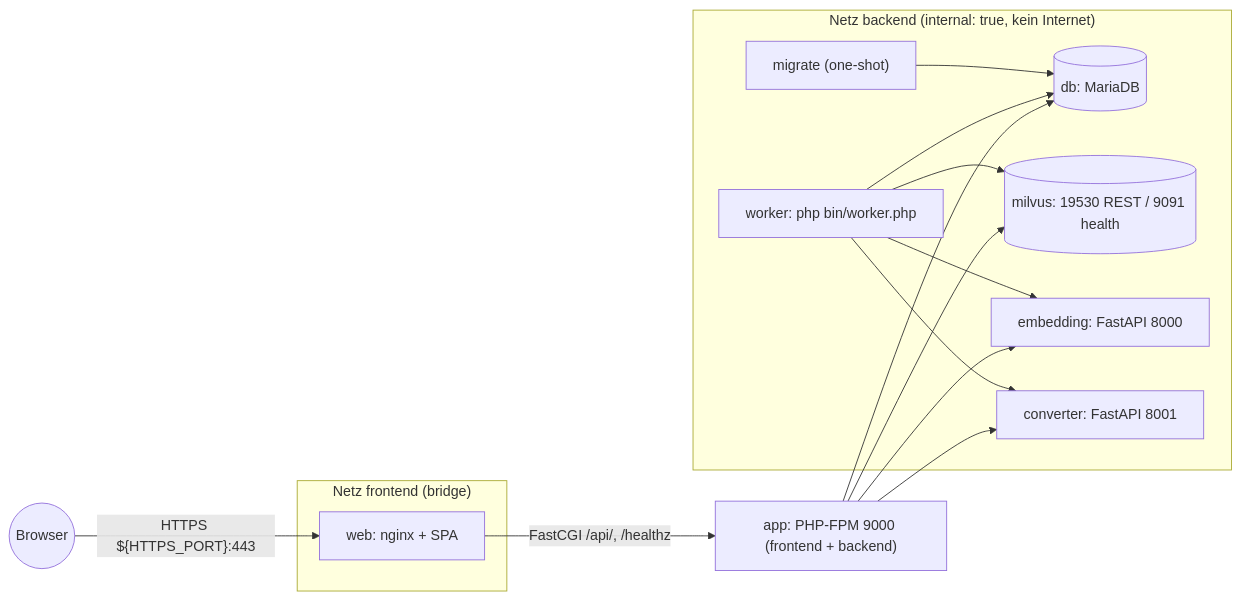
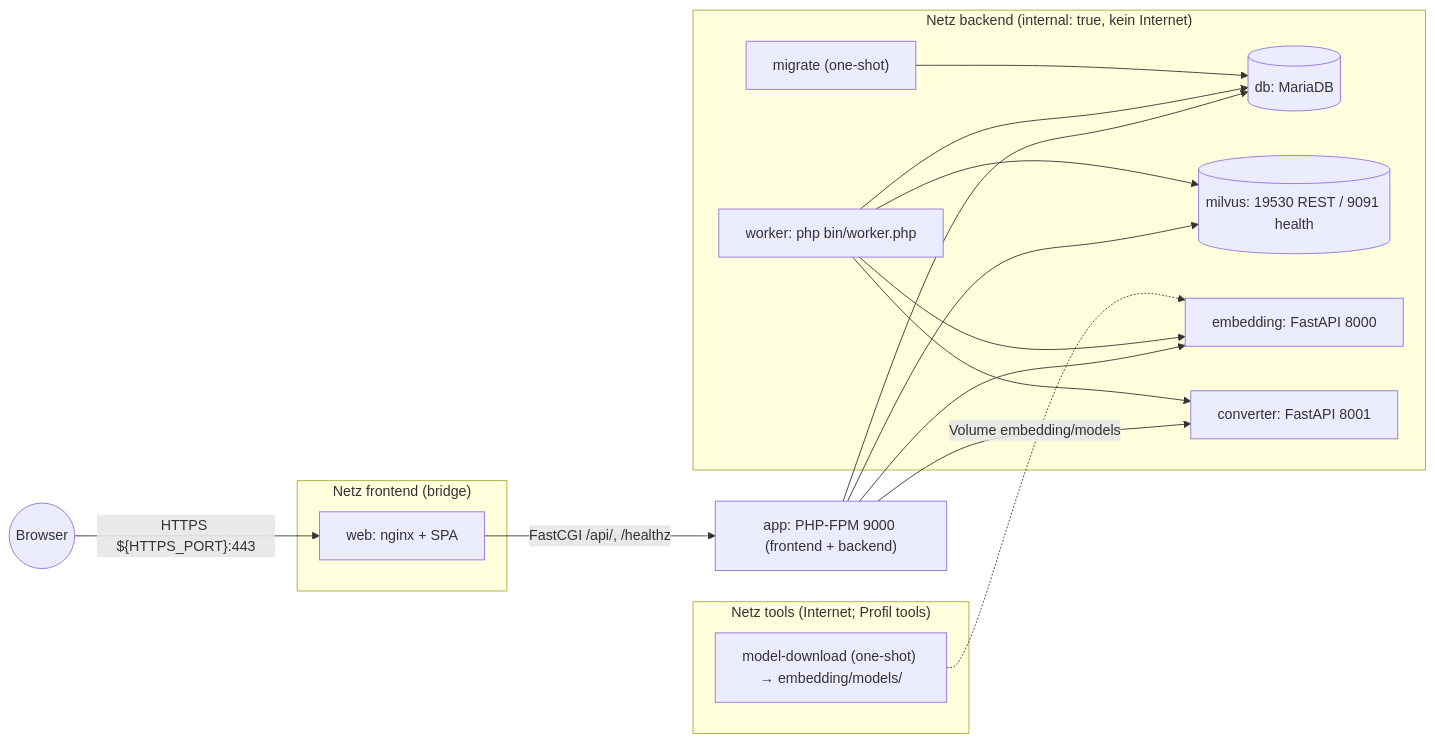
One commit to dareinelt/docvecwizard changed the first of 5 diagrams in agentsindex.md. Above: the diagram before and after it, drawn with Mermaid. The commit also changed other lines of this file, not shown here.

````diff
--- a/agentsindex.md
+++ b/agentsindex.md
@@ -108,20 +109,24 @@
 ```mermaid
 flowchart LR
   user((Browser)) -- "HTTPS ${HTTPS_PORT}:443" --> web
   subgraph frontend ["Netz frontend (bridge)"]
     web["web: nginx + SPA"]
   end
   subgraph backend ["Netz backend (internal: true, kein Internet)"]
     worker["worker: php bin/worker.php"]
     migrate["migrate (one-shot)"]
     db[("db: MariaDB")]
     milvus[("milvus: 19530 REST / 9091 health")]
     embedding["embedding: FastAPI 8000"]
     converter["converter: FastAPI 8001"]
   end
+  subgraph tools ["Netz tools (Internet; Profil tools)"]
+    modeldl["model-download (one-shot) → embedding/models/"]
+  end
   app["app: PHP-FPM 9000 (frontend + backend)"]
   web -- "FastCGI /api/, /healthz" --> app
   app --> db & milvus & embedding & converter
   worker --> db & milvus & embedding & converter
   migrate --> db
+  modeldl -. "Volume embedding/models" .-> embedding
 ```
````
